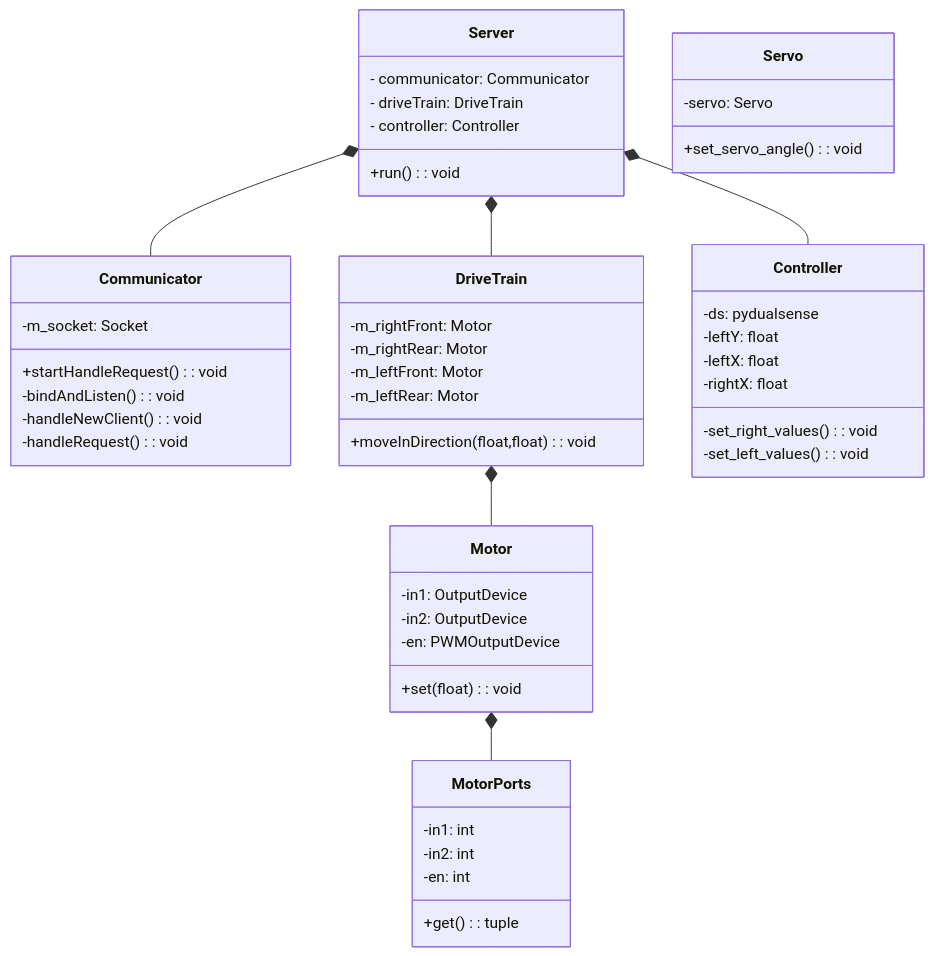
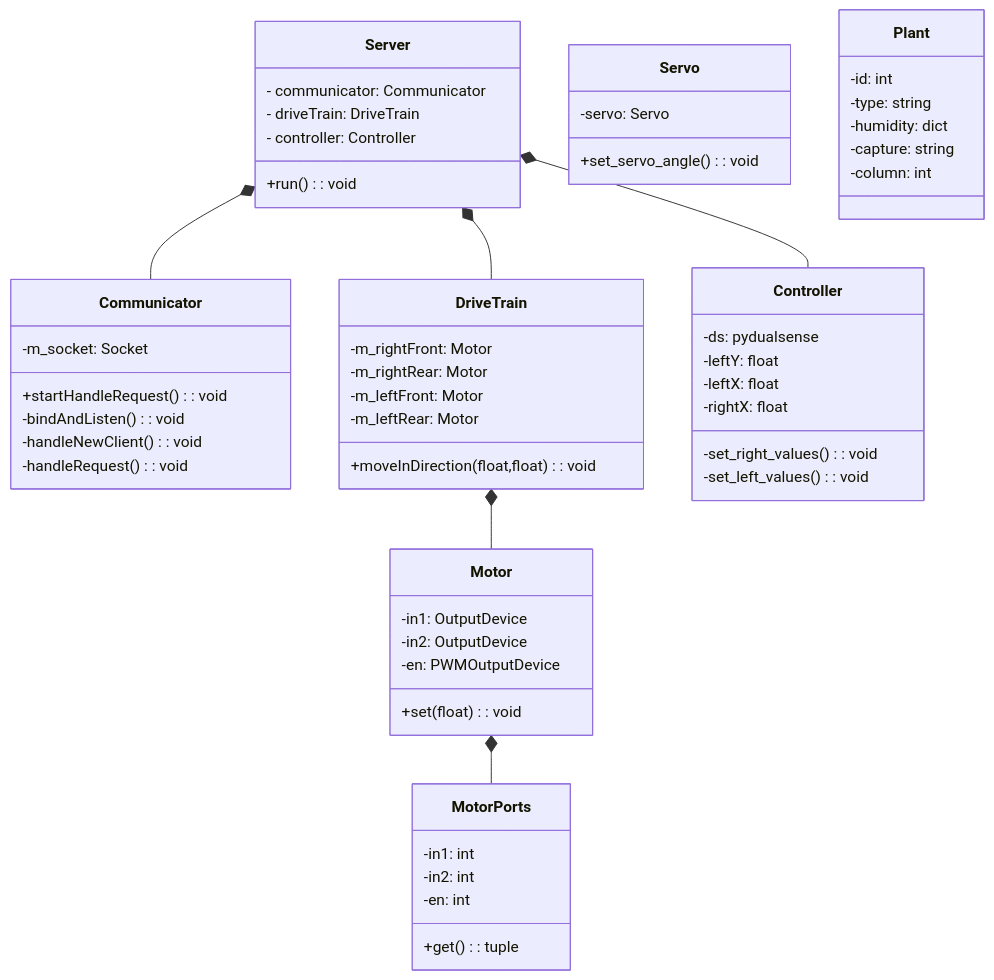
The first of 2 diagrams in README.md (yaniraton/adama), drawn with Mermaid before and after one commit. The commit also changed 4 other files, not shown here.

````diff
--- a/README.md
+++ b/README.md
@@ -3,52 +3,59 @@
 ```mermaid
 classDiagram
     Server *-- Communicator
     Server *-- DriveTrain
     Server *-- Controller
     DriveTrain *-- Motor
     Motor *-- MotorPorts
     class Server{
         - communicator: Communicator
         - driveTrain: DriveTrain
         - controller: Controller
         +run() : void
     }
     class Communicator{
         -m_socket: Socket
         +startHandleRequest() : void
         -bindAndListen() : void
         -handleNewClient() : void
         -handleRequest() : void
     }
     class DriveTrain{
         -m_rightFront: Motor
         -m_rightRear: Motor
         -m_leftFront: Motor
         -m_leftRear: Motor
         +moveInDirection(float,float) : void
     }
     class Motor{
         -in1: OutputDevice
         -in2: OutputDevice
         -en: PWMOutputDevice
         +set(float) : void
     }
     class MotorPorts{
         -in1: int
         -in2: int
         -en: int
         +get() : tuple
     }
     class Controller{
         -ds: pydualsense
         -leftY: float
         -leftX: float
         -rightX: float
         -set_right_values(): void
         -set_left_values(): void
     }
     class Servo{
         -servo: Servo
         +set_servo_angle(): void
     }
+    class Plant{
+        -id: int
+        -type: string
+        -humidity: dict
+        -capture: string
+        -column: int
+    }
 ```
````
